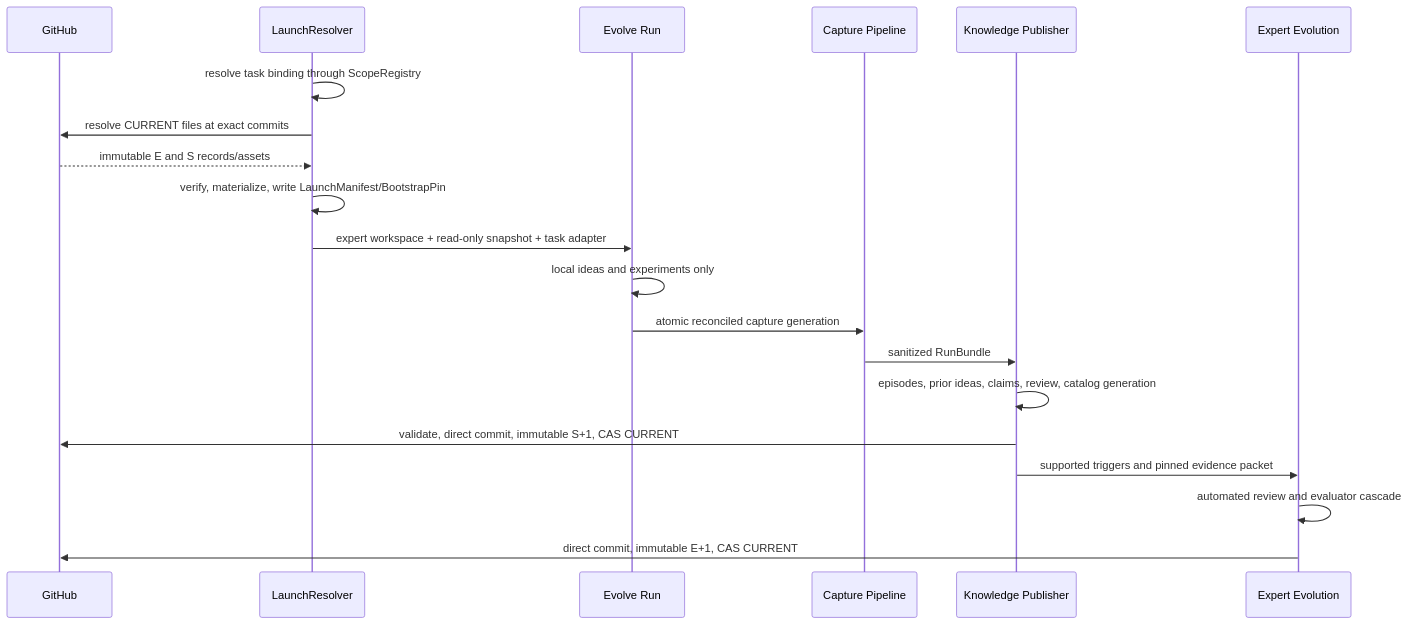
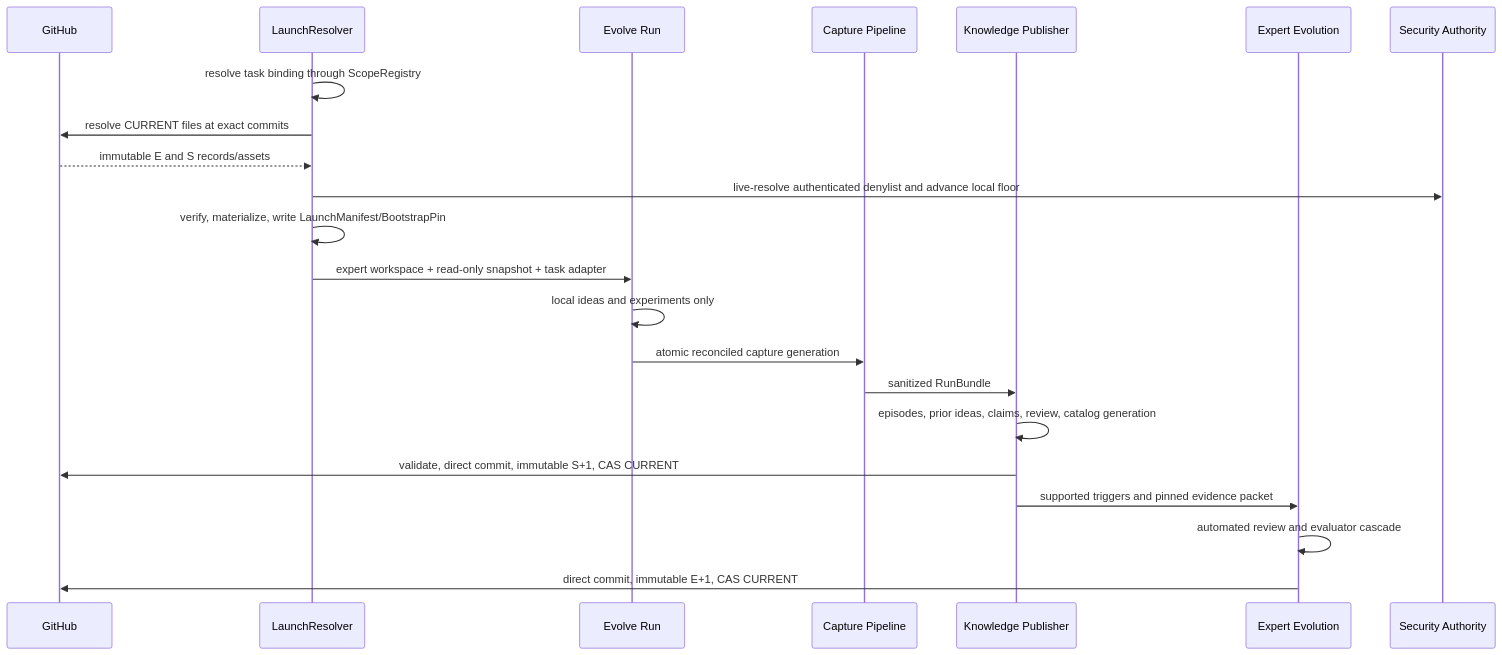
Before and after one commit to Leeroo-AI/kapso: the second of 2 diagrams in docs/research/cross-run-knowledge-implementation/00-orchestrator-plan.md, drawn with Mermaid. The commit also changed other lines of this file and 21 other files, not shown here.

Commit message:
Add authenticated security denylist authority

````diff
--- a/docs/research/cross-run-knowledge-implementation/00-orchestrator-plan.md
+++ b/docs/research/cross-run-knowledge-implementation/00-orchestrator-plan.md
@@ -429,23 +436,25 @@
 ```mermaid
 sequenceDiagram
     participant G as GitHub
     participant L as LaunchResolver
     participant E as Evolve Run
     participant C as Capture Pipeline
     participant K as Knowledge Publisher
     participant X as Expert Evolution
+    participant S as Security Authority
 
     L->>L: resolve task binding through ScopeRegistry
     L->>G: resolve CURRENT files at exact commits
     G-->>L: immutable E and S records/assets
+    L->>S: live-resolve authenticated denylist and advance local floor
     L->>L: verify, materialize, write LaunchManifest/BootstrapPin
     L->>E: expert workspace + read-only snapshot + task adapter
     E->>E: local ideas and experiments only
     E->>C: atomic reconciled capture generation
     C->>K: sanitized RunBundle
     K->>K: episodes, prior ideas, claims, review, catalog generation
     K->>G: validate, direct commit, immutable S+1, CAS CURRENT
     K->>X: supported triggers and pinned evidence packet
     X->>X: automated review and evaluator cascade
     X->>G: direct commit, immutable E+1, CAS CURRENT
 ```
````
